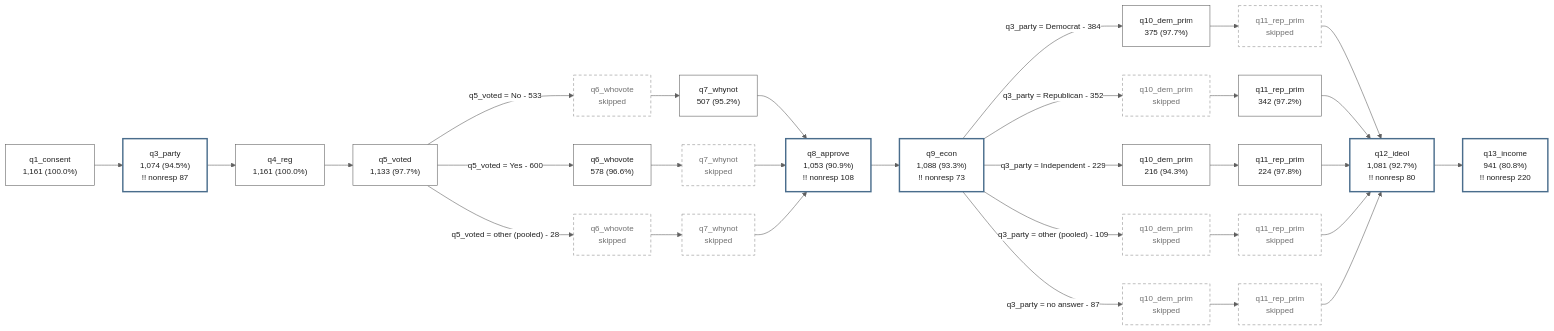
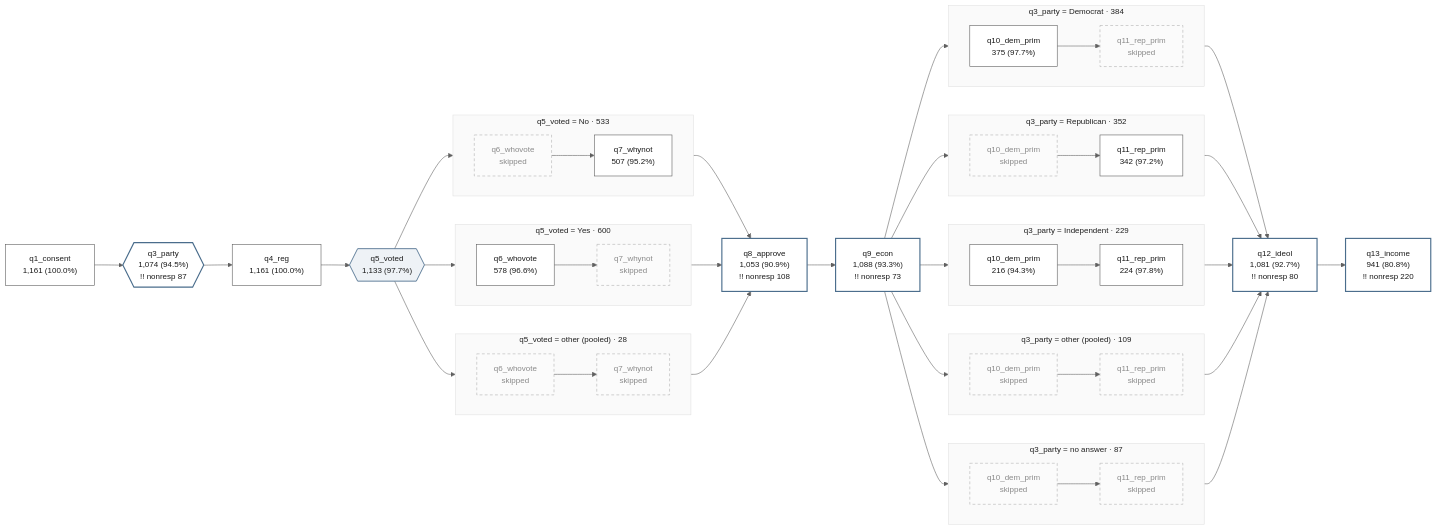
Before and after one commit to ericabooth/surveymap-stata-public: the diagram in gallery/g_map.mmd, drawn with Mermaid. The commit also changed 23 other files, not shown here.

```diff
--- a/gallery/g_map.mmd
+++ b/gallery/g_map.mmd
@@ -1,65 +1,91 @@
 %%{init: {'theme':'base','themeVariables':{'fontFamily':'Helvetica, Arial, sans-serif','fontSize':'14px','primaryColor':'#ffffff','primaryTextColor':'#202020','primaryBorderColor':'#606060','lineColor':'#606060','secondaryColor':'#f4f4f4','tertiaryColor':'#fafafa','edgeLabelBackground':'#ffffff','titleColor':'#202020'}}}%%
-%% surveymap _sm_rendertext 0.1.0 - journal g_branched.tsv - rendered 24 Aug 2026 02:55:04 - Stata 19.5 MP
+%% surveymap _sm_rendertext 0.1.0 - journal g_branched.tsv - rendered 24 Aug 2026 03:44:45 - Stata 19.5 MP
 flowchart LR
   accTitle: surveymap flow of g_branched.tsv
   accDescr {
     1,161 respondents, 12 items, 2 gates. Items run left to right in questionnaire order; a gate fans the sample into lanes that rejoin the spine at the end of its segment. A dashed node is a cell the lane was routed around. Two exclamation marks flag a warning. Counts are unweighted and percentages are weighted.
   }
-  classDef default fill:#ffffff,stroke:#606060,color:#202020;
-  classDef smghost fill:#ffffff,stroke:#909090,stroke-dasharray: 5 4,color:#707070;
-  classDef smwarn fill:#ffffff,stroke:#4a6d8c,stroke-width:2.5px,color:#202020;
+  classDef default fill:#ffffff,stroke:#5a5a5a,color:#1a1a1a,stroke-width:1px;
+  classDef smghost fill:#fbfbfb,stroke:#b0b0b0,stroke-dasharray: 5 4,color:#8a8a8a,stroke-width:1px;
+  classDef smwarn fill:#ffffff,stroke:#4a6d8c,stroke-width:2px,color:#1a1a1a;
+  classDef smgate fill:#eef2f6,stroke:#4a6d8c,stroke-width:1.5px,color:#1a1a1a;
   n1["q1_consent<br/>1,161 (100.0%)"]
-  n2["q3_party<br/>1,074 (94.5%)<br/>!! nonresp 87"]
+  n2{{"q3_party<br/>1,074 (94.5%)<br/>!! nonresp 87"}}
   n3["q4_reg<br/>1,161 (100.0%)"]
-  n4["q5_voted<br/>1,133 (97.7%)"]
+  n4{{"q5_voted<br/>1,133 (97.7%)"}}
+  subgraph SG4x3["q5_voted = other (pooled) · 28"]
+    direction LR
+  n5v3["q6_whovote<br/>skipped"]
+  n6v3["q7_whynot<br/>skipped"]
+  end
+  subgraph SG4x2["q5_voted = Yes · 600"]
+    direction LR
+  n5v2["q6_whovote<br/>578 (96.6%)"]
+  n6v2["q7_whynot<br/>skipped"]
+  end
+  subgraph SG4x1["q5_voted = No · 533"]
+    direction LR
   n5v1["q6_whovote<br/>skipped"]
   n6v1["q7_whynot<br/>507 (95.2%)"]
-  n5v2["q6_whovote<br/>578 (96.6%)"]
-  n6v2["q7_whynot<br/>skipped"]
-  n5v3["q6_whovote<br/>skipped"]
-  n6v3["q7_whynot<br/>skipped"]
+  end
   n7["q8_approve<br/>1,053 (90.9%)<br/>!! nonresp 108"]
   n8["q9_econ<br/>1,088 (93.3%)<br/>!! nonresp 73"]
+  subgraph SG2x5["q3_party = no answer · 87"]
+    direction LR
+  n9v5["q10_dem_prim<br/>skipped"]
+  n10v5["q11_rep_prim<br/>skipped"]
+  end
+  subgraph SG2x4["q3_party = other (pooled) · 109"]
+    direction LR
+  n9v4["q10_dem_prim<br/>skipped"]
+  n10v4["q11_rep_prim<br/>skipped"]
+  end
+  subgraph SG2x3["q3_party = Independent · 229"]
+    direction LR
+  n9v3["q10_dem_prim<br/>216 (94.3%)"]
+  n10v3["q11_rep_prim<br/>224 (97.8%)"]
+  end
+  subgraph SG2x2["q3_party = Republican · 352"]
+    direction LR
+  n9v2["q10_dem_prim<br/>skipped"]
+  n10v2["q11_rep_prim<br/>342 (97.2%)"]
+  end
+  subgraph SG2x1["q3_party = Democrat · 384"]
+    direction LR
   n9v1["q10_dem_prim<br/>375 (97.7%)"]
   n10v1["q11_rep_prim<br/>skipped"]
-  n9v2["q10_dem_prim<br/>skipped"]
-  n10v2["q11_rep_prim<br/>342 (97.2%)"]
-  n9v3["q10_dem_prim<br/>216 (94.3%)"]
-  n10v3["q11_rep_prim<br/>224 (97.8%)"]
-  n9v4["q10_dem_prim<br/>skipped"]
-  n10v4["q11_rep_prim<br/>skipped"]
-  n9v5["q10_dem_prim<br/>skipped"]
-  n10v5["q11_rep_prim<br/>skipped"]
+  end
   n11["q12_ideol<br/>1,081 (92.7%)<br/>!! nonresp 80"]
   n12["q13_income<br/>941 (80.8%)<br/>!! nonresp 220"]
   n1 --> n2
   n2 --> n3
   n3 --> n4
-  n4 -- "q5_voted = No - 533" --> n5v1
+  n4 --> n5v3
+  n5v3 --> n6v3
+  n6v3 --> n7
+  n4 --> n5v2
+  n5v2 --> n6v2
+  n6v2 --> n7
+  n4 --> n5v1
   n5v1 --> n6v1
   n6v1 --> n7
-  n4 -- "q5_voted = Yes - 600" --> n5v2
-  n5v2 --> n6v2
-  n6v2 --> n7
-  n4 -- "q5_voted = other (pooled) - 28" --> n5v3
-  n5v3 --> n6v3
-  n6v3 --> n7
   n7 --> n8
-  n8 -- "q3_party = Democrat - 384" --> n9v1
+  n8 --> n9v5
+  n9v5 --> n10v5
+  n10v5 --> n11
+  n8 --> n9v4
+  n9v4 --> n10v4
+  n10v4 --> n11
+  n8 --> n9v3
+  n9v3 --> n10v3
+  n10v3 --> n11
+  n8 --> n9v2
+  n9v2 --> n10v2
+  n10v2 --> n11
+  n8 --> n9v1
   n9v1 --> n10v1
   n10v1 --> n11
-  n8 -- "q3_party = Republican - 352" --> n9v2
-  n9v2 --> n10v2
-  n10v2 --> n11
-  n8 -- "q3_party = Independent - 229" --> n9v3
-  n9v3 --> n10v3
-  n10v3 --> n11
-  n8 -- "q3_party = other (pooled) - 109" --> n9v4
-  n9v4 --> n10v4
-  n10v4 --> n11
-  n8 -- "q3_party = no answer - 87" --> n9v5
-  n9v5 --> n10v5
-  n10v5 --> n11
   n11 --> n12
-  class n5v1,n6v2,n5v3,n6v3,n10v1,n9v2,n9v4,n10v4,n9v5,n10v5 smghost;
+  class n4 smgate;
+  class n5v3,n6v3,n6v2,n5v1,n9v5,n10v5,n9v4,n10v4,n9v2,n10v1 smghost;
   class n2,n7,n8,n11,n12 smwarn;
```
